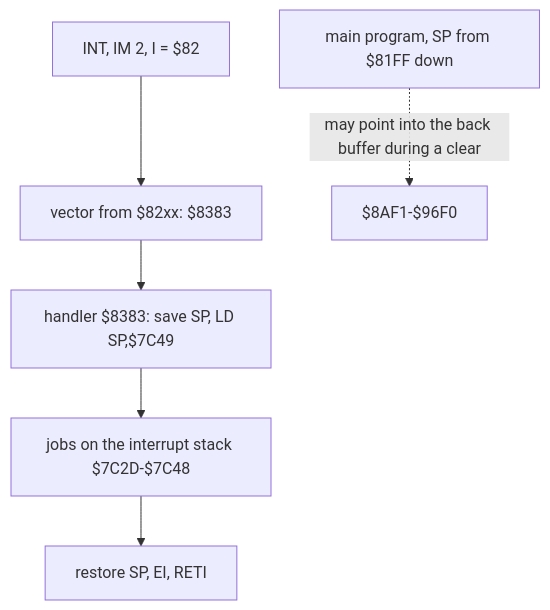
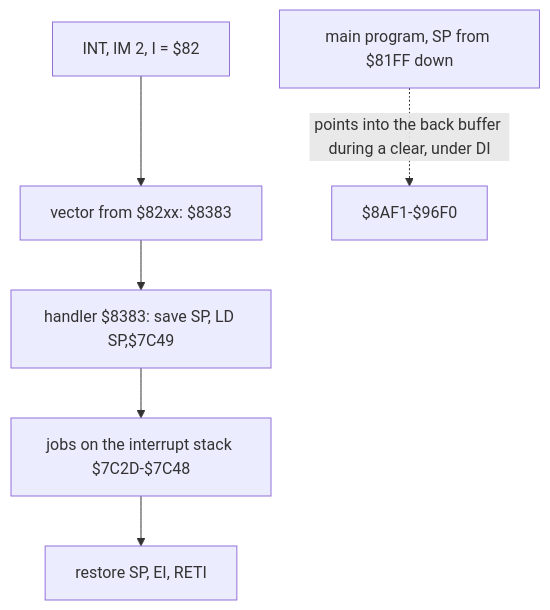
One commit to alfishe/unrealng-reverse-cases changed the fourth of 5 diagrams in games/battle-command/docs/02-architecture.md. Above: the diagram before and after it, drawn with Mermaid. The commit also changed other lines of this file and 75 other files, not shown here.

````diff
--- a/games/battle-command/docs/02-architecture.md
+++ b/games/battle-command/docs/02-architecture.md
@@ -284,8 +327,8 @@
 ```mermaid
 flowchart TD
     I[INT, IM 2, I = $82] --> V[vector from $82xx: $8383]
     V --> H[handler $8383: save SP, LD SP,$7C49]
     H --> J[jobs on the interrupt stack $7C2D-$7C48]
     J --> R[restore SP, EI, RETI]
-    M[main program, SP from $81FF down] -. may point into the back buffer during a clear .-> BB[$8AF1-$96F0]
+    M[main program, SP from $81FF down] -. points into the back buffer during a clear, under DI .-> BB[$8AF1-$96F0]
 ```
````
